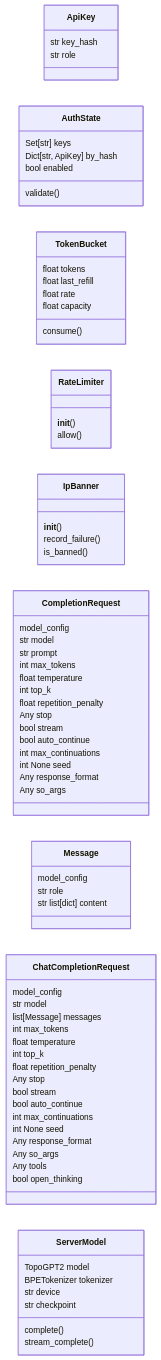
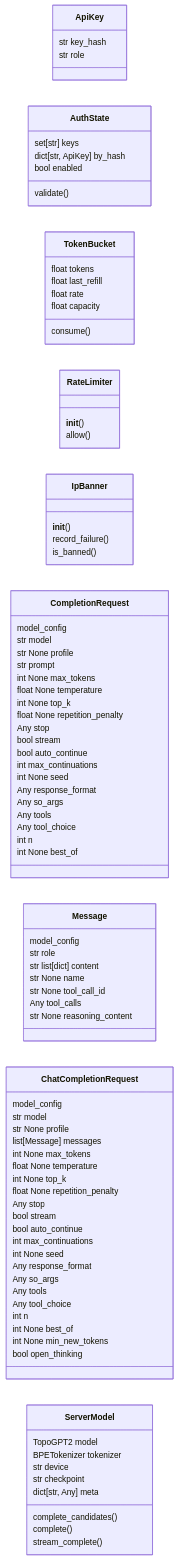
One commit to grisuno/TopoGPT3 changed the first of 2 diagrams in readmenator-apidocs/modules/topogpt3.api_server.py.md. Above: the diagram before and after it, drawn with Mermaid. The commit also changed other lines of this file and 185 other files, not shown here.

First line of the commit message:
feat: fallback serving: chat history, tools, best_of rerank, apt_chain

````diff
--- a/readmenator-apidocs/modules/topogpt3.api_server.py.md
+++ b/readmenator-apidocs/modules/topogpt3.api_server.py.md
@@ -66,8 +66,8 @@
     ApiKey : str key_hash
     ApiKey : str role
     class AuthState
-    AuthState : Set[str] keys
-    AuthState : Dict[str, ApiKey] by_hash
+    AuthState : set[str] keys
+    AuthState : dict[str, ApiKey] by_hash
     AuthState : bool enabled
     AuthState : validate()
     class TokenBucket
@@ -86,11 +86,12 @@
     class CompletionRequest
     CompletionRequest : model_config
     CompletionRequest : str model
+    CompletionRequest : str  None profile
     CompletionRequest : str prompt
-    CompletionRequest : int max_tokens
-    CompletionRequest : float temperature
-    CompletionRequest : int top_k
-    CompletionRequest : float repetition_penalty
+    CompletionRequest : int  None max_tokens
+    CompletionRequest : float  None temperature
+    CompletionRequest : int  None top_k
+    CompletionRequest : float  None repetition_penalty
     CompletionRequest : Any stop
     CompletionRequest : bool stream
     CompletionRequest : bool auto_continue
@@ -98,18 +99,27 @@
     CompletionRequest : int  None seed
     CompletionRequest : Any response_format
     CompletionRequest : Any so_args
+    CompletionRequest : Any tools
+    CompletionRequest : Any tool_choice
+    CompletionRequest : int n
+    CompletionRequest : int  None best_of
     class Message
     Message : model_config
     Message : str role
     Message : str  list[dict] content
+    Message : str  None name
+    Message : str  None tool_call_id
+    Message : Any tool_calls
+    Message : str  None reasoning_content
     class ChatCompletionRequest
     ChatCompletionRequest : model_config
     ChatCompletionRequest : str model
+    ChatCompletionRequest : str  None profile
     ChatCompletionRequest : list[Message] messages
-    ChatCompletionRequest : int max_tokens
-    ChatCompletionRequest : float temperature
-    ChatCompletionRequest : int top_k
-    ChatCompletionRequest : float repetition_penalty
+    ChatCompletionRequest : int  None max_tokens
+    ChatCompletionRequest : float  None temperature
+    ChatCompletionRequest : int  None top_k
+    ChatCompletionRequest : float  None repetition_penalty
     ChatCompletionRequest : Any stop
     ChatCompletionRequest : bool stream
     ChatCompletionRequest : bool auto_continue
@@ -118,12 +128,18 @@
     ChatCompletionRequest : Any response_format
     ChatCompletionRequest : Any so_args
     ChatCompletionRequest : Any tools
+    ChatCompletionRequest : Any tool_choice
+    ChatCompletionRequest : int n
+    ChatCompletionRequest : int  None best_of
+    ChatCompletionRequest : int  None min_new_tokens
     ChatCompletionRequest : bool open_thinking
     class ServerModel
     ServerModel : TopoGPT2 model
     ServerModel : BPETokenizer tokenizer
     ServerModel : str device
     ServerModel : str checkpoint
+    ServerModel : dict[str, Any] meta
+    ServerModel : complete_candidates()
     ServerModel : complete()
     ServerModel : stream_complete()
 ```
````
